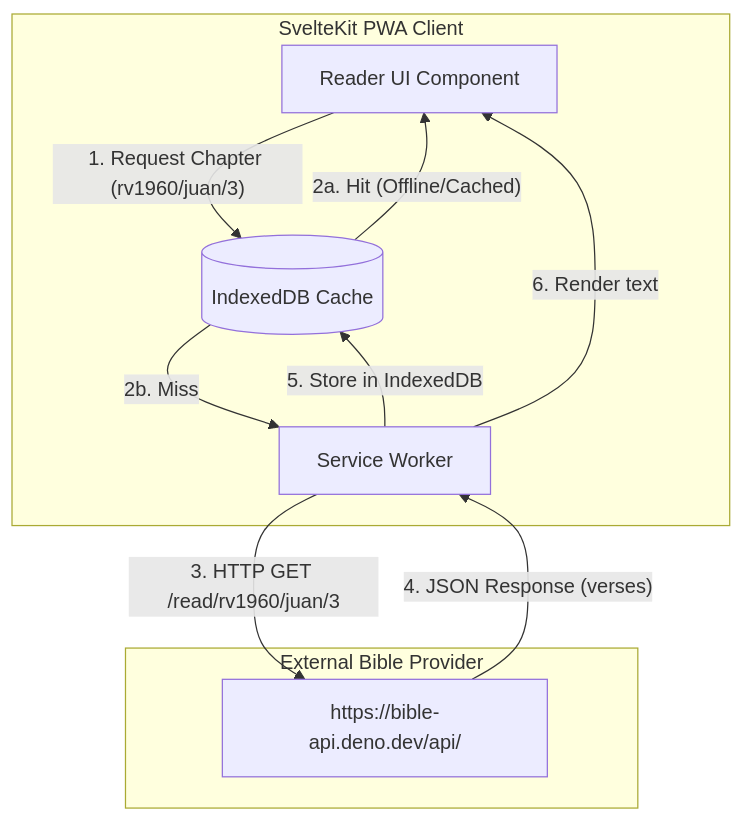
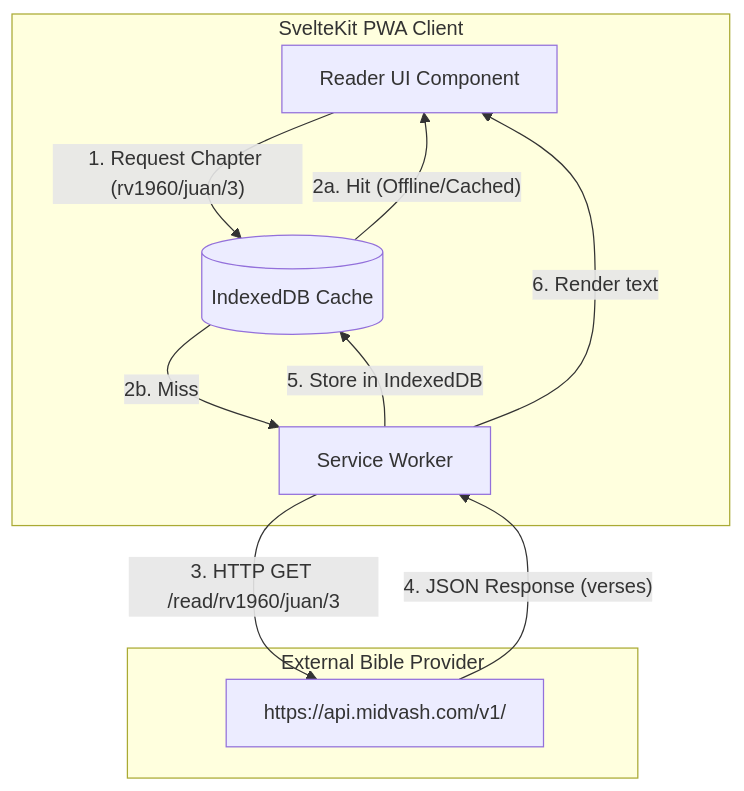
The first of 3 diagrams in _docs/architecture.md (lilianrgg/discipulado), drawn with Mermaid before and after one commit. The commit also changed other lines of this file and 16 other files, not shown here.

````diff
--- a/_docs/architecture.md
+++ b/_docs/architecture.md
@@ -74,20 +74,20 @@
 ```mermaid
 flowchart TB
   subgraph Client [SvelteKit PWA Client]
     UI[Reader UI Component]
     CacheDB[(IndexedDB Cache)]
     SW[Service Worker]
   end
 
   subgraph ExternalAPI [External Bible Provider]
-    API["https://bible-api.deno.dev/api/"]
+    API["https://api.midvash.com/v1/"]
   end
 
   UI -->|"1. Request Chapter (rv1960/juan/3)"| CacheDB
   CacheDB -- "2a. Hit (Offline/Cached)" --> UI
   CacheDB -- "2b. Miss" --> SW
   SW -->|"3. HTTP GET /read/rv1960/juan/3"| API
   API -->|"4. JSON Response (verses)"| SW
   SW -->|"5. Store in IndexedDB"| CacheDB
   SW -->|"6. Render text"| UI
 ```
````
